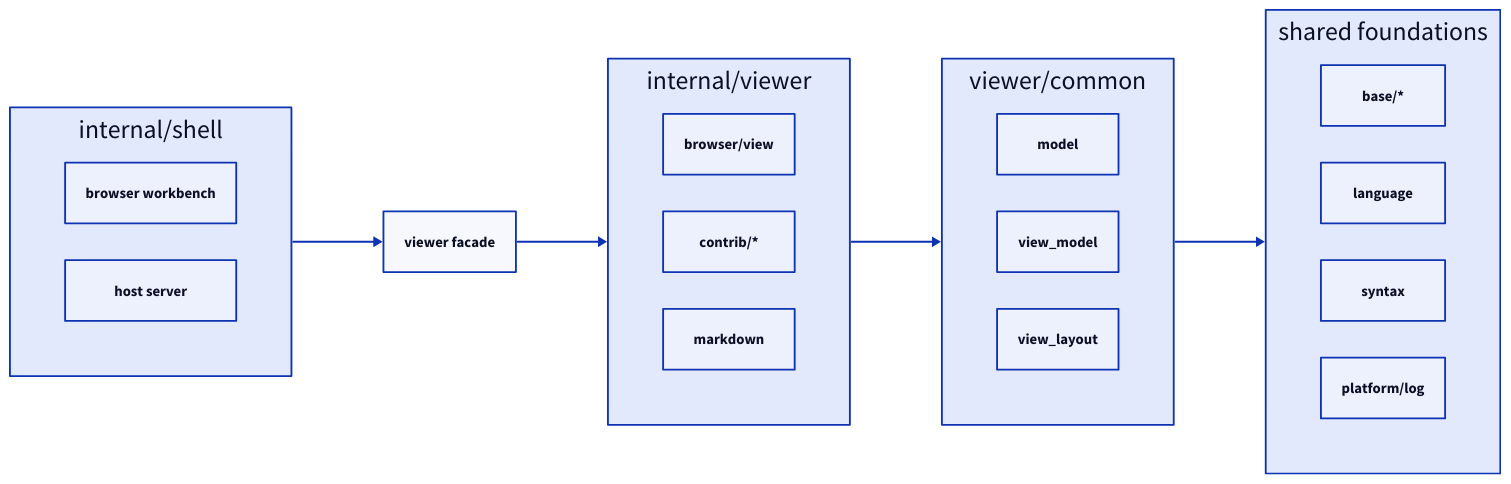
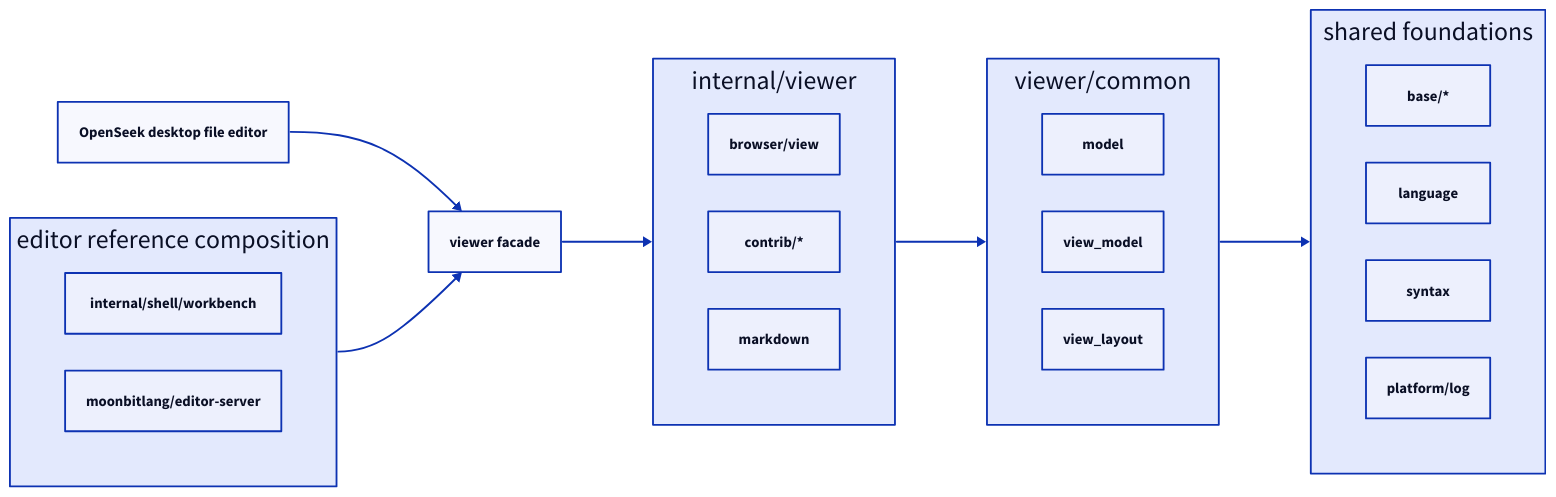
One commit to 0717lee/openseek changed the second of 4 diagrams in editor/docs/architecture.md. Above: the diagram before and after it, drawn with D2. The commit also changed other lines of this file and 3 other files, not shown here.

Commit message:
docs: define editor UI host workflow

````diff
--- a/editor/docs/architecture.md
+++ b/editor/docs/architecture.md
@@ -89,34 +92,36 @@
 ```d2
 direction: right
 
-shell: internal/shell {
+product_host: OpenSeek desktop file editor
+reference_host: editor reference composition {
   grid-columns: 1
-  workbench: browser workbench
-  backend: host server
+  workbench: internal/shell/workbench
+  backend: moonbitlang/editor-server
 }
 facade: viewer facade
 inner: internal/viewer {
   grid-columns: 1
   view: browser/view
   contrib: contrib/*
   markdown: markdown
 }
 common: viewer/common {
   grid-columns: 1
   model: model
   view_model: view_model
   view_layout: view_layout
 }
 foundations: shared foundations {
   grid-columns: 1
   base: base/*
   language: language
   syntax: syntax
   log: platform/log
 }
 
-shell -> facade
+product_host -> facade
+reference_host -> facade
 facade -> inner
 inner -> common
 common -> foundations
 ```
````
